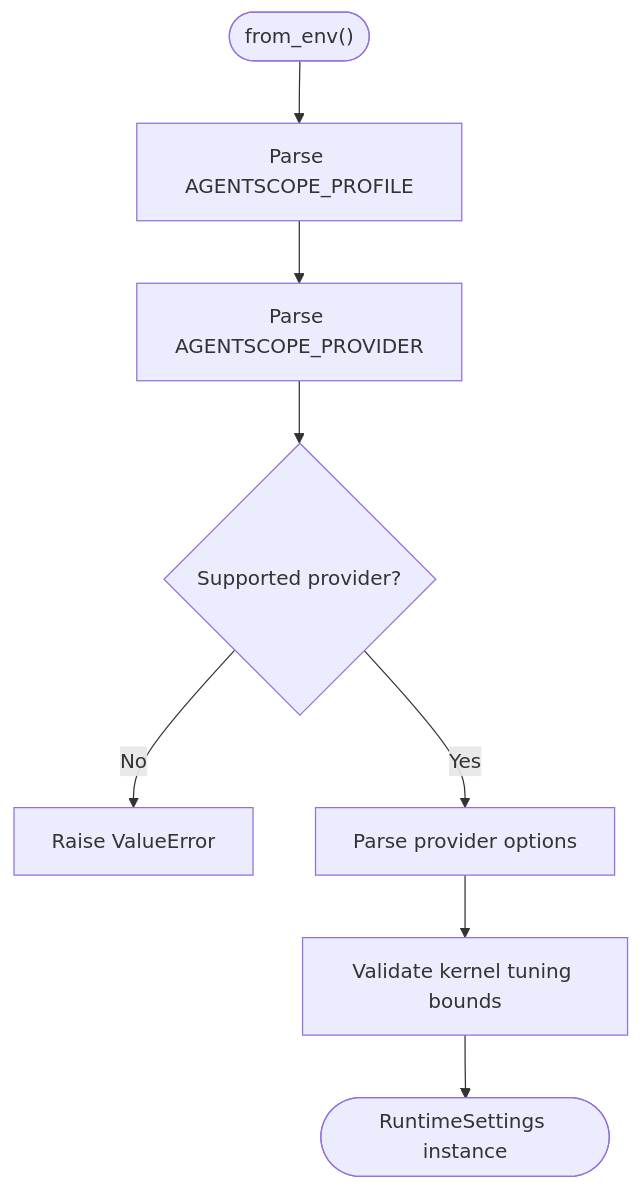
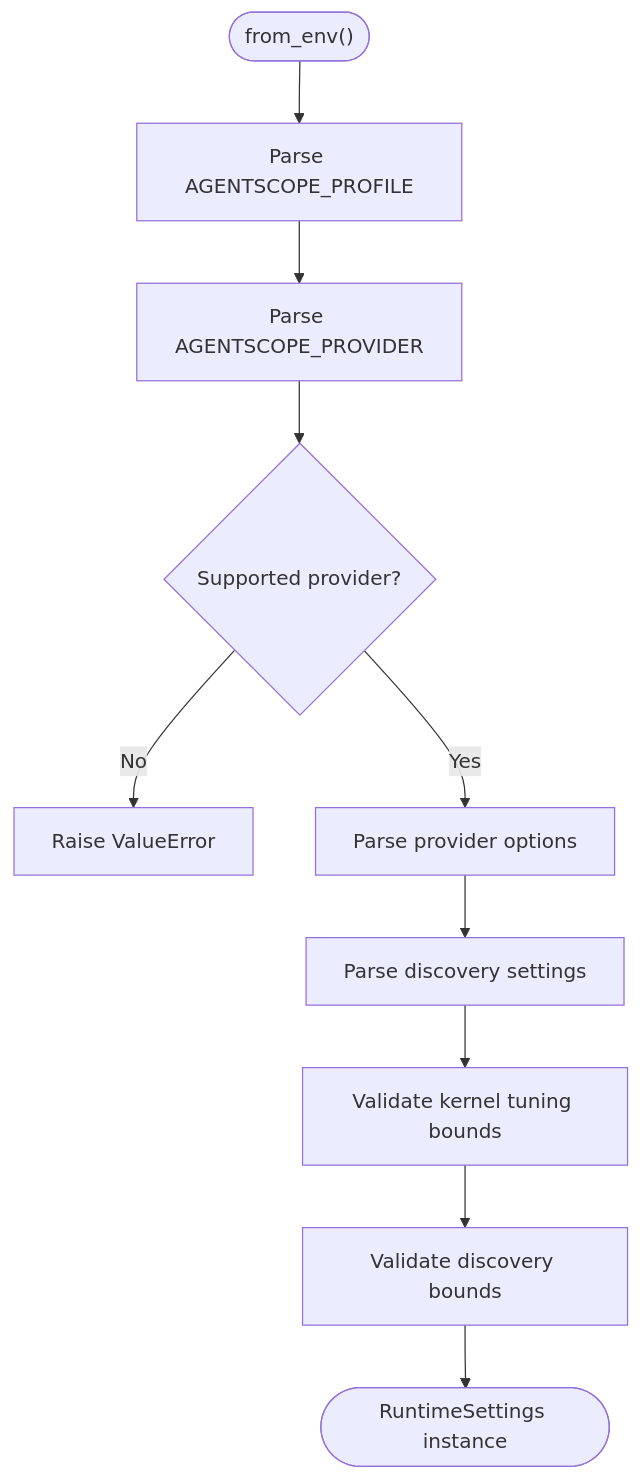
One commit to metasync/luban-aiops changed the sixth of 8 diagrams in .qoder/repowiki/en/content/Architecture Documentation/SPEC-026_ Multi-Model Runtime Catalog.md. Above: the diagram before and after it, drawn with Mermaid. The commit also changed other lines of this file and 7 other files, not shown here.

````diff
--- a/.qoder/repowiki/en/content/Architecture Documentation/SPEC-026_ Multi-Model Runtime Catalog.md
+++ b/.qoder/repowiki/en/content/Architecture Documentation/SPEC-026_ Multi-Model Runtime Catalog.md
@@ -269,10 +336,12 @@
 ```mermaid
 flowchart TD
 S(["from_env()"]) --> ParseProfile["Parse AGENTSCOPE_PROFILE"]
 ParseProfile --> ParseProvider["Parse AGENTSCOPE_PROVIDER"]
 ParseProvider --> ValidateProvider{"Supported provider?"}
 ValidateProvider -- No --> Err["Raise ValueError"]
 ValidateProvider -- Yes --> ParseOptions["Parse provider options"]
-ParseOptions --> ValidateBounds["Validate kernel tuning bounds"]
-ValidateBounds --> Done(["RuntimeSettings instance"])
+ParseOptions --> ParseDiscovery["Parse discovery settings"]
+ParseDiscovery --> ValidateBounds["Validate kernel tuning bounds"]
+ValidateBounds --> ValidateDiscovery["Validate discovery bounds"]
+ValidateDiscovery --> Done(["RuntimeSettings instance"])
 ```
````
